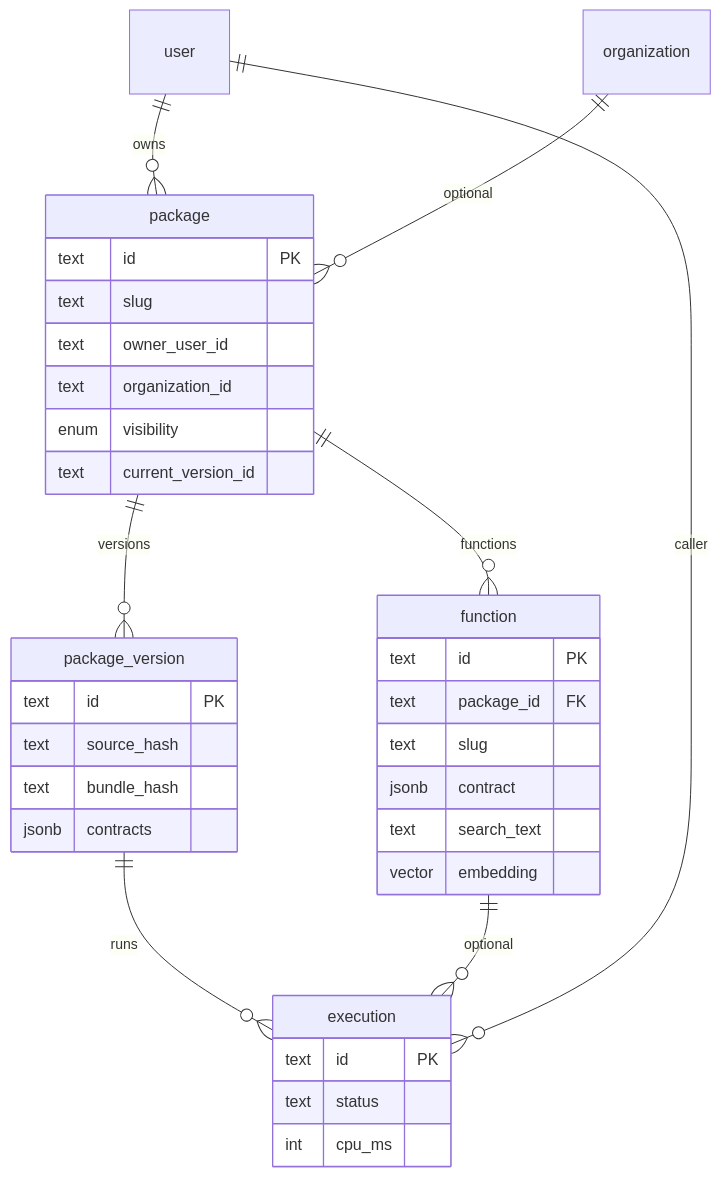
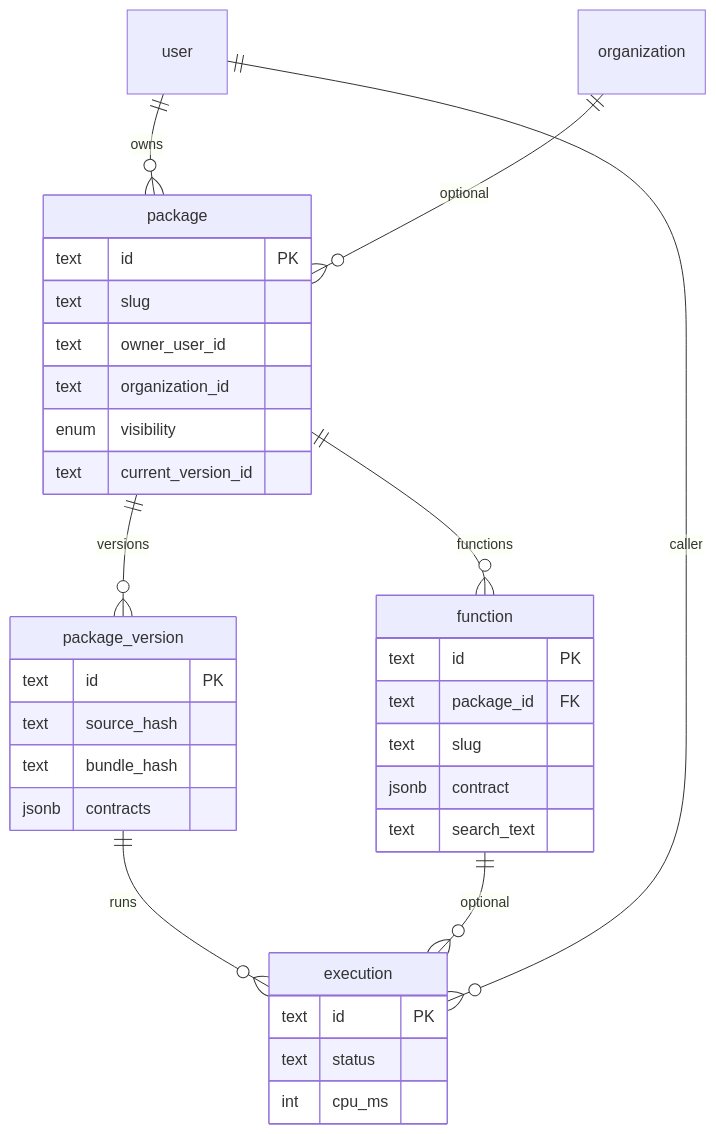
Before and after one commit to xmazu/functhis: the second of 2 diagrams in architecture.md, drawn with Mermaid. The commit also changed other lines of this file and 58 other files, not shown here.

Commit message:
feat: enhance MCP search functionality with AI-driven reranking; integrate OpenRouter for improved search relevance, update architecture documentation, and refine KV storage handling for function metadata

````diff
--- a/architecture.md
+++ b/architecture.md
@@ -233,38 +234,37 @@
 ```mermaid
 erDiagram
   user ||--o{ package : owns
   organization ||--o{ package : optional
   package ||--o{ package_version : versions
   package ||--o{ function : functions
   package_version ||--o{ execution : runs
   function ||--o{ execution : optional
   user ||--o{ execution : caller
 
   package {
     text id PK
     text slug
     text owner_user_id
     text organization_id
     enum visibility
     text current_version_id
   }
   function {
     text id PK
     text package_id FK
     text slug
     jsonb contract
     text search_text
-    vector embedding
   }
   package_version {
     text id PK
     text source_hash
     text bundle_hash
     jsonb contracts
   }
   execution {
     text id PK
     text status
     int cpu_ms
   }
 ```
````
